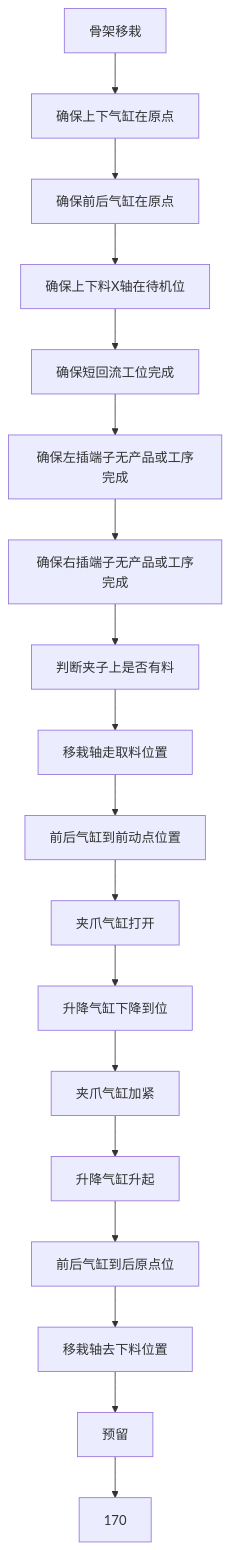
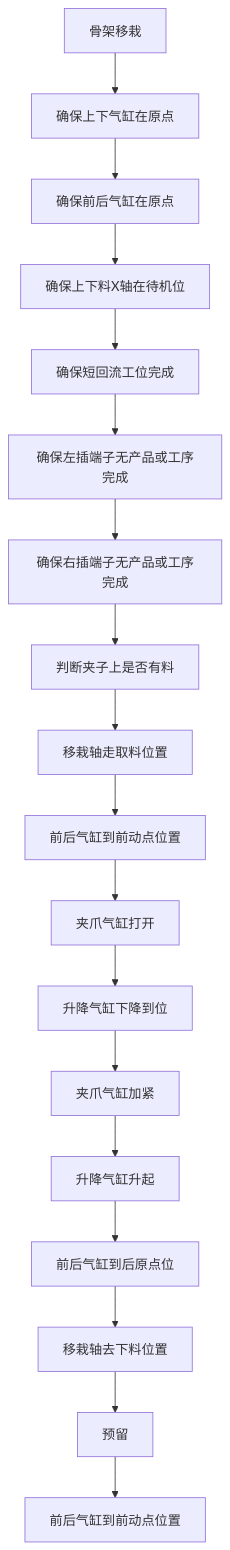
Before and after one commit to zmq000/iodraw-files: the diagram in all/VR-OP90骨架移栽.md, drawn with Mermaid.

Commit message:
2026-06-18 10:44:20 update

````diff
--- a/all/VR-OP90骨架移栽.md
+++ b/all/VR-OP90骨架移栽.md
@@ -1,28 +1,28 @@
 ```mermaid
 graph TD
    0[骨架移栽]-->10
    10[确保上下气缸在原点]-->20
    20[确保前后气缸在原点]-->30
    30[确保上下料X轴在待机位]-->40
    40[确保短回流工位完成]-->50
    50[确保左插端子无产品或工序完成]-->60
    60[确保右插端子无产品或工序完成]-->70
    70[判断夹子上是否有料]-->80
    80[移栽轴走取料位置]-->90
    90[前后气缸到前动点位置]-->100
    100[夹爪气缸打开]-->110
    110[升降气缸下降到位]-->120
    120[夹爪气缸加紧]-->130
    130[升降气缸升起]-->140
    140[前后气缸到后原点位]-->150
    150[移栽轴去下料位置]-->160
    160[预留]-->170
-   
+   170[前后气缸到前动点位置]
 
 
 
 
 
 
   
 ```
````
